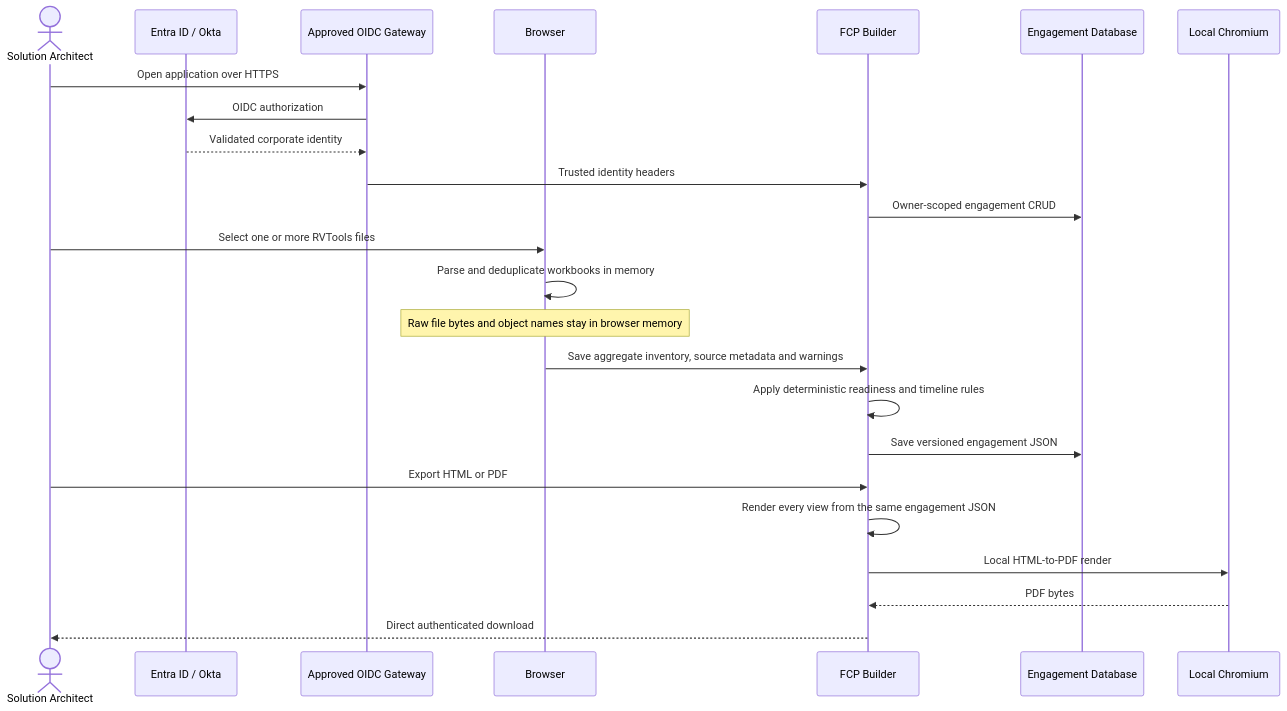
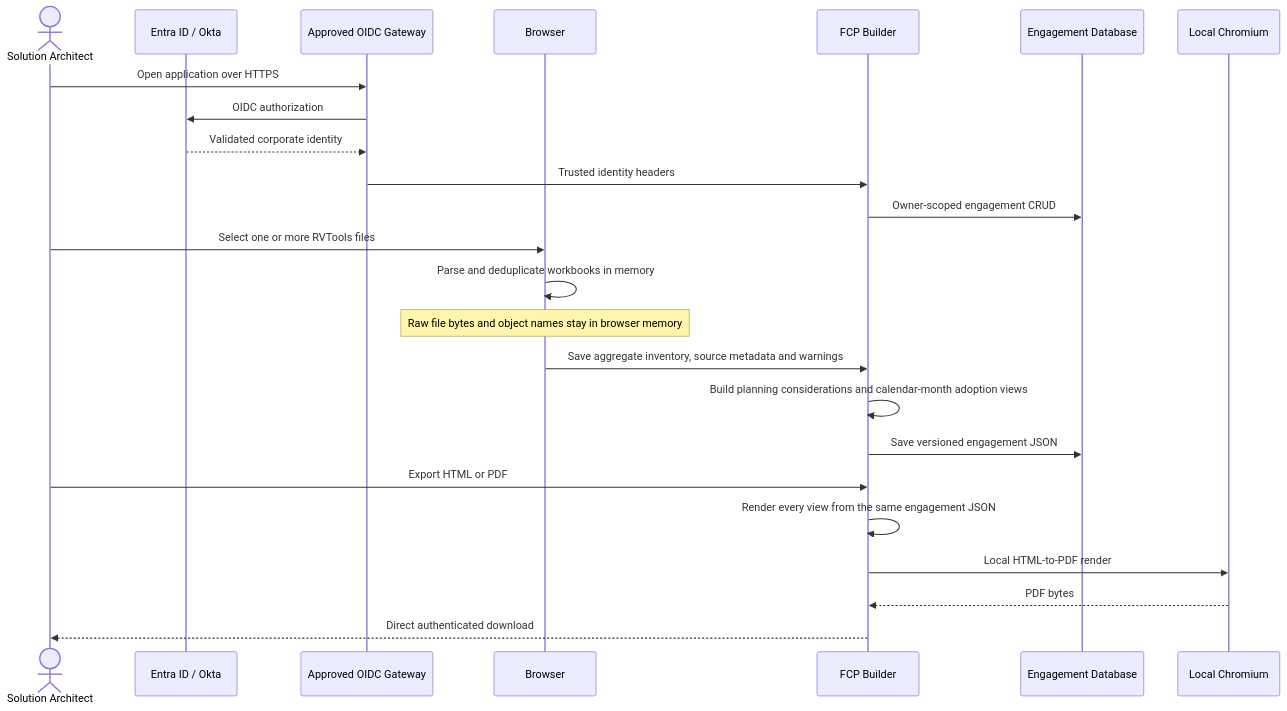
Before and after one commit to walkernetworks/fcp-builder-cdw: the second of 2 diagrams in docs/SECURITY-REVIEW.md, drawn with Mermaid. The commit also changed other lines of this file and 12 other files, not shown here.

````diff
--- a/docs/SECURITY-REVIEW.md
+++ b/docs/SECURITY-REVIEW.md
@@ -26,27 +26,27 @@
 ```mermaid
 sequenceDiagram
   actor SA as Solution Architect
   participant IDP as Entra ID / Okta
   participant GW as Approved OIDC Gateway
   participant B as Browser
   participant APP as FCP Builder
   participant DB as Engagement Database
   participant CH as Local Chromium
 
   SA->>GW: Open application over HTTPS
   GW->>IDP: OIDC authorization
   IDP-->>GW: Validated corporate identity
   GW->>APP: Trusted identity headers
   APP->>DB: Owner-scoped engagement CRUD
   SA->>B: Select one or more RVTools files
   B->>B: Parse and deduplicate workbooks in memory
   Note over B: Raw file bytes and object names stay in browser memory
   B->>APP: Save aggregate inventory, source metadata and warnings
-  APP->>APP: Apply deterministic readiness and timeline rules
+  APP->>APP: Build planning considerations and calendar-month adoption views
   APP->>DB: Save versioned engagement JSON
   SA->>APP: Export HTML or PDF
   APP->>APP: Render every view from the same engagement JSON
   APP->>CH: Local HTML-to-PDF render
   CH-->>APP: PDF bytes
   APP-->>SA: Direct authenticated download
 ```
````
